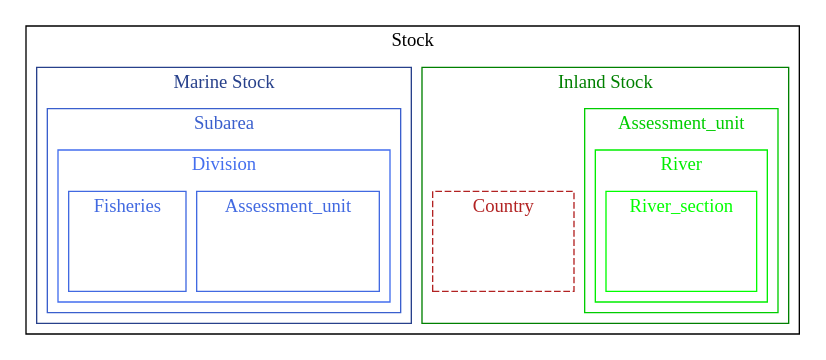
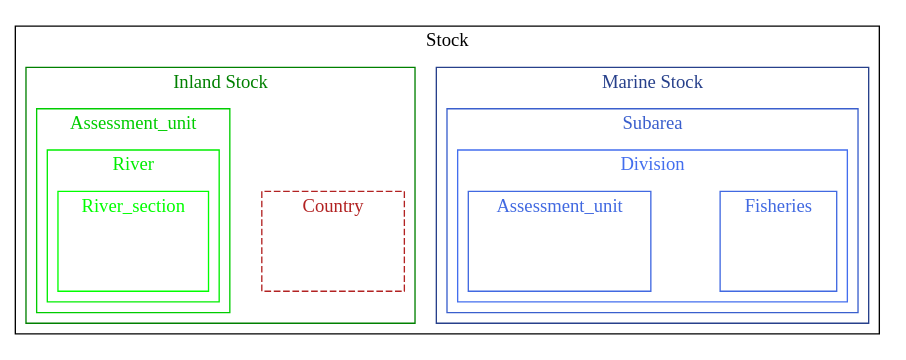
One commit to DIASPARAproject/WP3_habitat changed the second of 2 diagrams in R/habitatdb.qmd. Above: the diagram before and after it, drawn with Graphviz. The commit also changed other lines of this file, not shown here.

Commit message:
doc: habitat db doc update #20 #21 #22

````diff
--- a/R/habitatdb.qmd
+++ b/R/habitatdb.qmd
@@ -1349,11 +1373,11 @@
 ```{dot}
 //| label: fig-area_hierarchy_nas
-//| fig-cap: The nested structure layed out in table tr_area_area, dotted box indicate that the level is optional. This table represents the structure for refnas.
-
+//| fig-cap: Hierarchical structure of WGNAS habitat database
 
 digraph {
     compound=true;
     newrank=true;
+    rankdir="LR";
 
     subgraph clusterZ {
       label = Stock
@@ -1453,6 +1477,7 @@
         }   
       }
     }
+    section -> Fishing -> here -> other [style=invis];
 }
          
 ```
````
